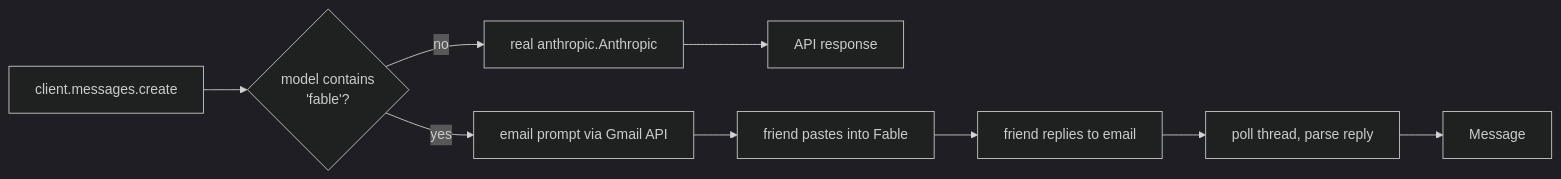
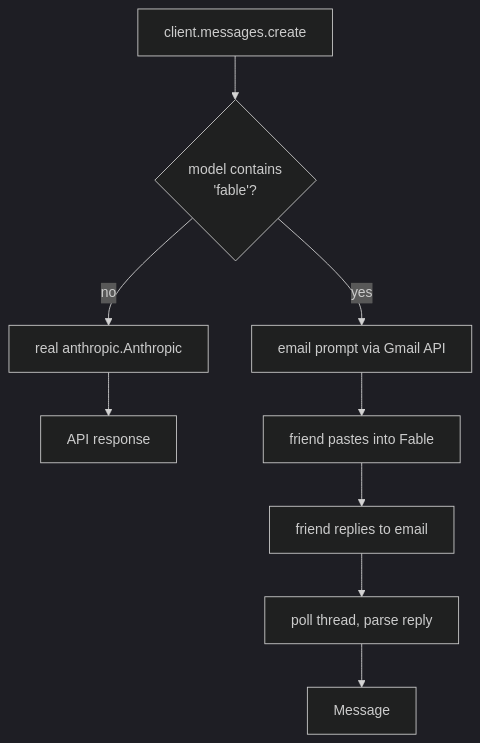
One commit to plwp/fable-meat-proxy changed the diagram in README.md. Above: the diagram before and after it, drawn with Mermaid (dark theme).

Commit message:
docs: make README flowchart vertical (TD)

````diff
--- a/README.md
+++ b/README.md
@@ -18,7 +18,7 @@
 ```mermaid
-flowchart LR
+flowchart TD
     A[client.messages.create] --> B{model contains<br/>'fable'?}
     B -- no --> C[real anthropic.Anthropic] --> D[API response]
     B -- yes --> E[email prompt via Gmail API] --> F[friend pastes into Fable]
     F --> G[friend replies to email] --> H[poll thread, parse reply] --> I[Message]
 ```
````
